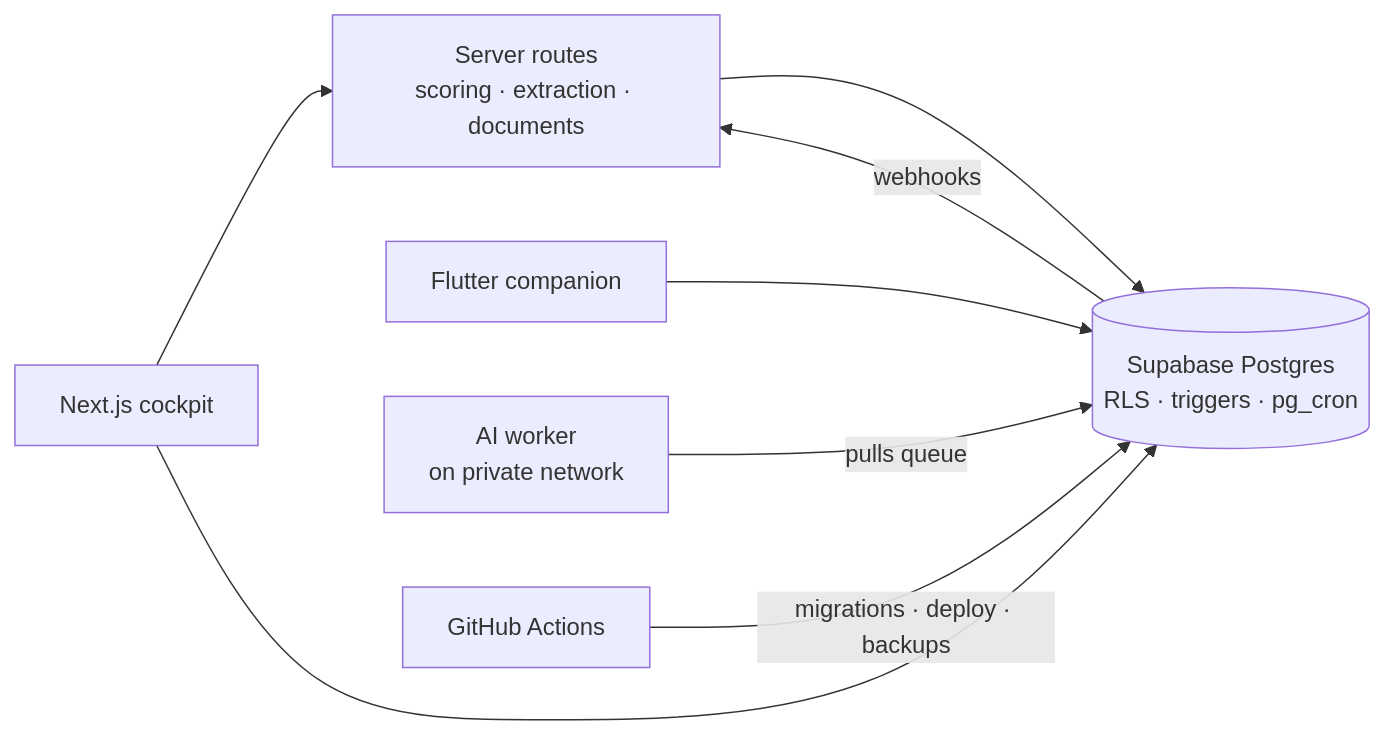
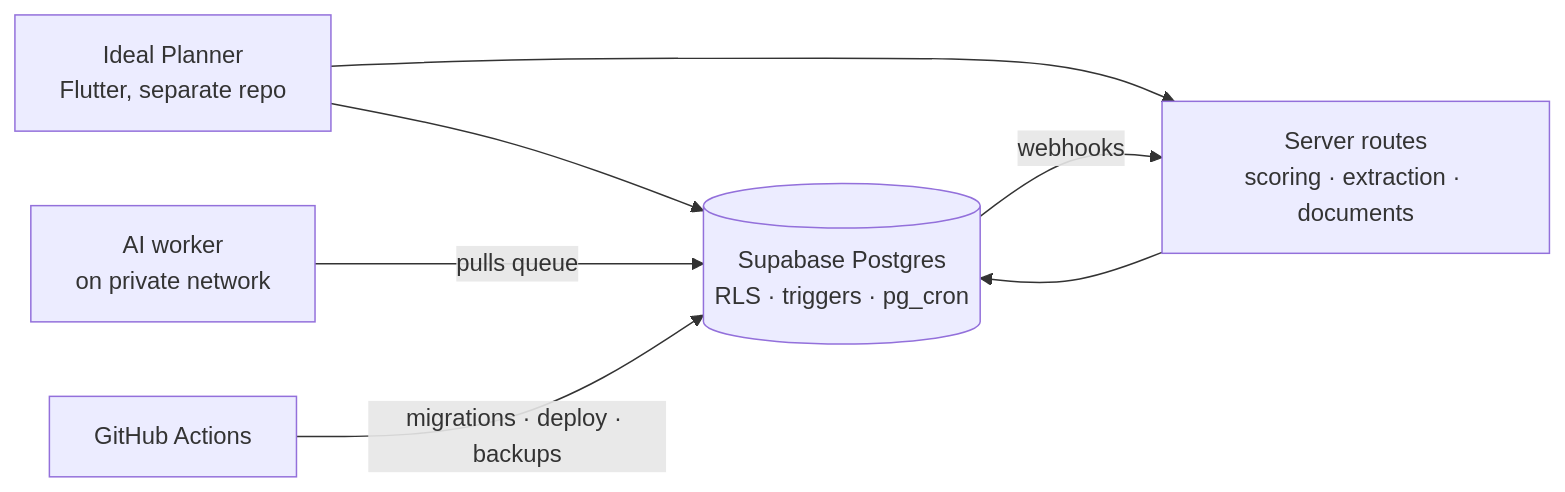
Before and after one commit to kolevmvk/careerops: the diagram in README.md, drawn with Mermaid. The commit also changed other lines of this file and 3 other files, not shown here.

````diff
--- a/README.md
+++ b/README.md
@@ -42,10 +42,9 @@
 ```mermaid
 flowchart LR
-    W[Next.js cockpit] --> API[Server routes<br/>scoring · extraction · documents]
-    W --> DB[(Supabase Postgres<br/>RLS · triggers · pg_cron)]
-    M[Flutter companion] --> DB
+    C[Ideal Planner<br/>Flutter, separate repo] --> DB[(Supabase Postgres<br/>RLS · triggers · pg_cron)]
+    C --> API[Server routes<br/>scoring · extraction · documents]
     API --> DB
     DB -- webhooks --> API
     AIW[AI worker<br/>on private network] -- pulls queue --> DB
     GH[GitHub Actions] -- migrations · deploy · backups --> DB
 ```
````
